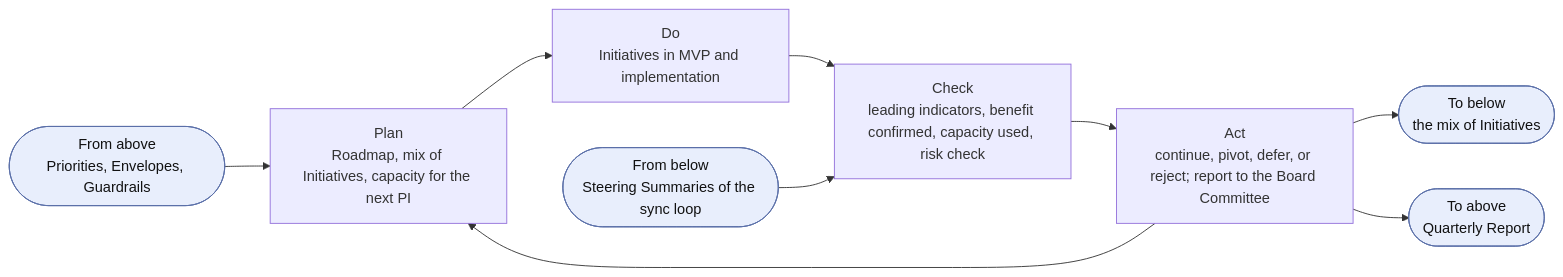
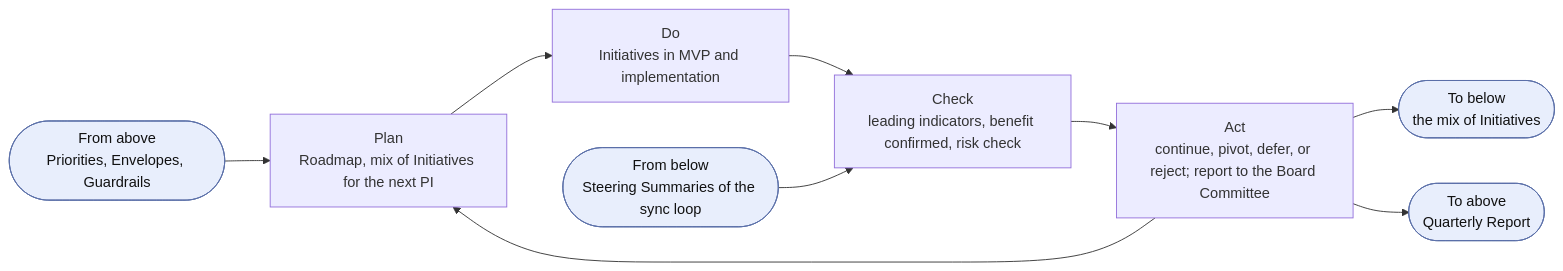
One commit to devhogu/ob-aicc changed the second of 8 diagrams in charter/documents/portfolio-management-model.md. Above: the diagram before and after it, drawn with Mermaid. The commit also changed other lines of this file and 690 other files, not shown here.

First line of the commit message:
Charter baseline 1.0, templates and registry at baseline, and the charter site generated from the charter (DR-2026-060, DR-2026-061)

````diff
--- a/charter/documents/portfolio-management-model.md
+++ b/charter/documents/portfolio-management-model.md
@@ -73,9 +73,9 @@
 ```mermaid
 flowchart LR
   IN(["From above<br/>Priorities, Envelopes, Guardrails"]):::iface --> P
-  P["Plan<br/>Roadmap, mix of Initiatives, capacity for the next PI"] --> D["Do<br/>Initiatives in MVP and implementation"] --> C["Check<br/>leading indicators, benefit confirmed, capacity used, risk check"] --> A["Act<br/>continue, pivot, defer, or reject; report to the Board Committee"] --> P
+  P["Plan<br/>Roadmap, mix of Initiatives for the next PI"] --> D["Do<br/>Initiatives in MVP and implementation"] --> C["Check<br/>leading indicators, benefit confirmed, risk check"] --> A["Act<br/>continue, pivot, defer, or reject; report to the Board Committee"] --> P
   EV(["From below<br/>Steering Summaries of the sync loop"]):::iface --> C
   A --> OUT(["To below<br/>the mix of Initiatives"]):::iface
   A --> UP(["To above<br/>Quarterly Report"]):::iface
   classDef iface fill:#e8eefc,stroke:#5a6fa8,color:#111
 ```
````
